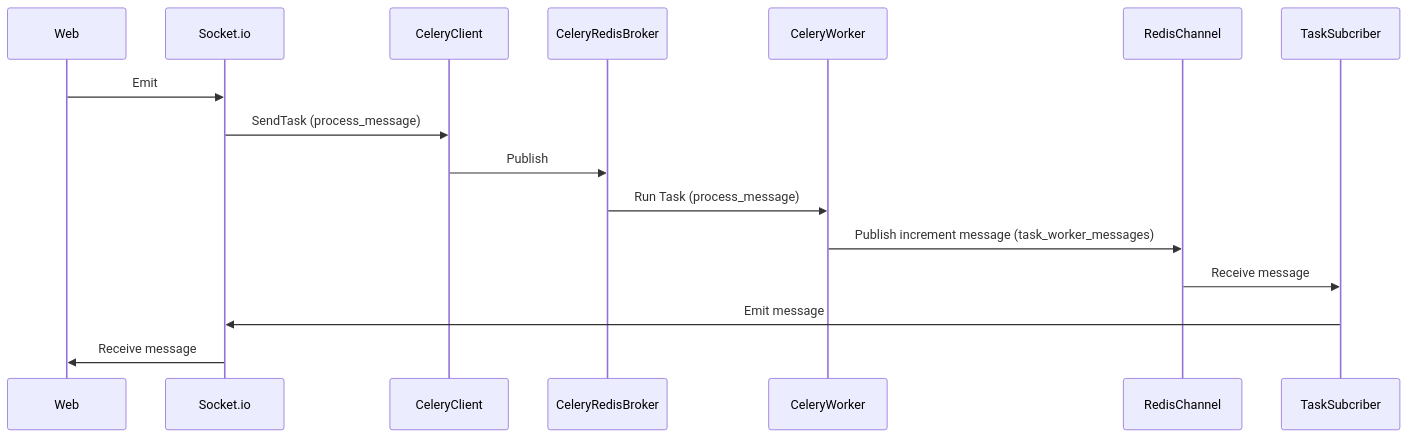
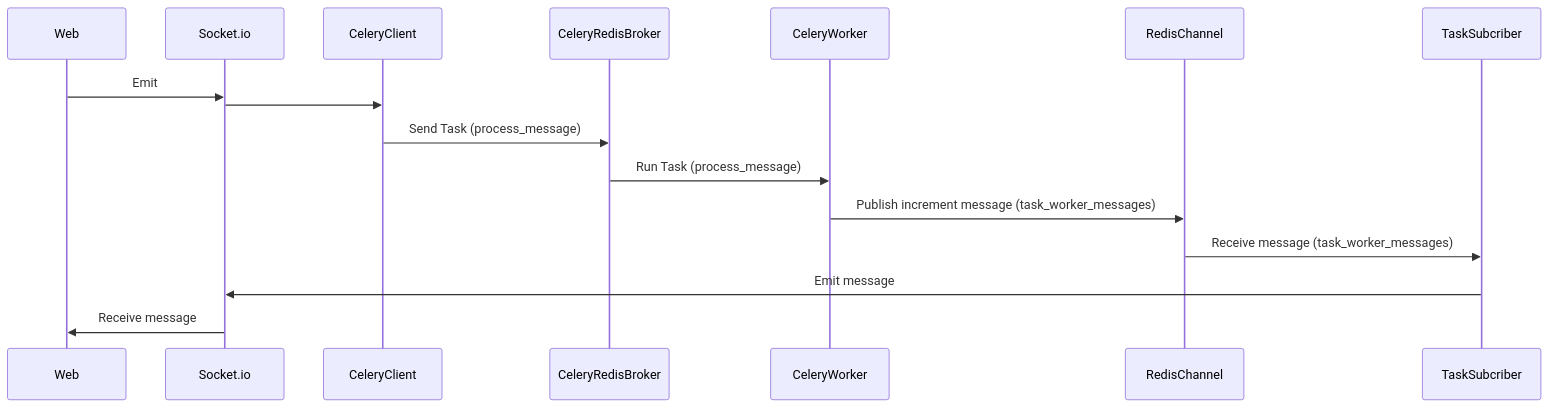
The diagram in README.md (pabdavis/pattern-test-ws-redis-worker), drawn with Mermaid before and after one commit.

Commit message:
readme update

````diff
--- a/README.md
+++ b/README.md
@@ -27,11 +27,11 @@
 ```mermaid
 sequenceDiagram
     Web ->> Socket.io: Emit
-    Socket.io ->> CeleryClient: SendTask (process_message)
-    CeleryClient ->> CeleryRedisBroker: Publish
+    Socket.io ->> CeleryClient:
+    CeleryClient ->> CeleryRedisBroker: Send Task (process_message)
     CeleryRedisBroker ->> CeleryWorker: Run Task (process_message)
     CeleryWorker ->> RedisChannel: Publish increment message (task_worker_messages)
-    RedisChannel ->> TaskSubcriber: Receive message
+    RedisChannel ->> TaskSubcriber: Receive message (task_worker_messages)
     TaskSubcriber ->> Socket.io: Emit message
     Socket.io ->> Web: Receive message
 ```
````
